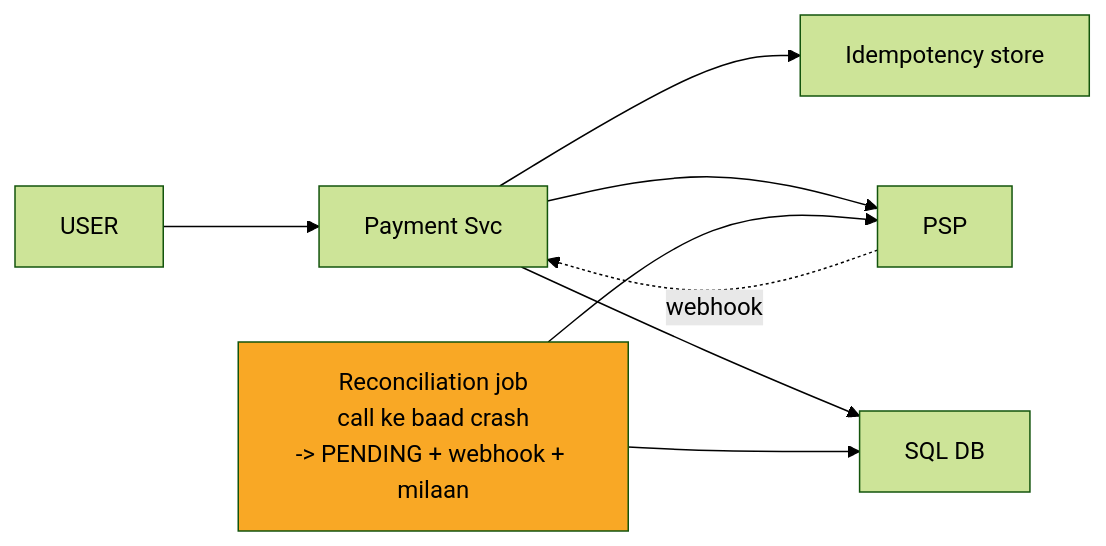
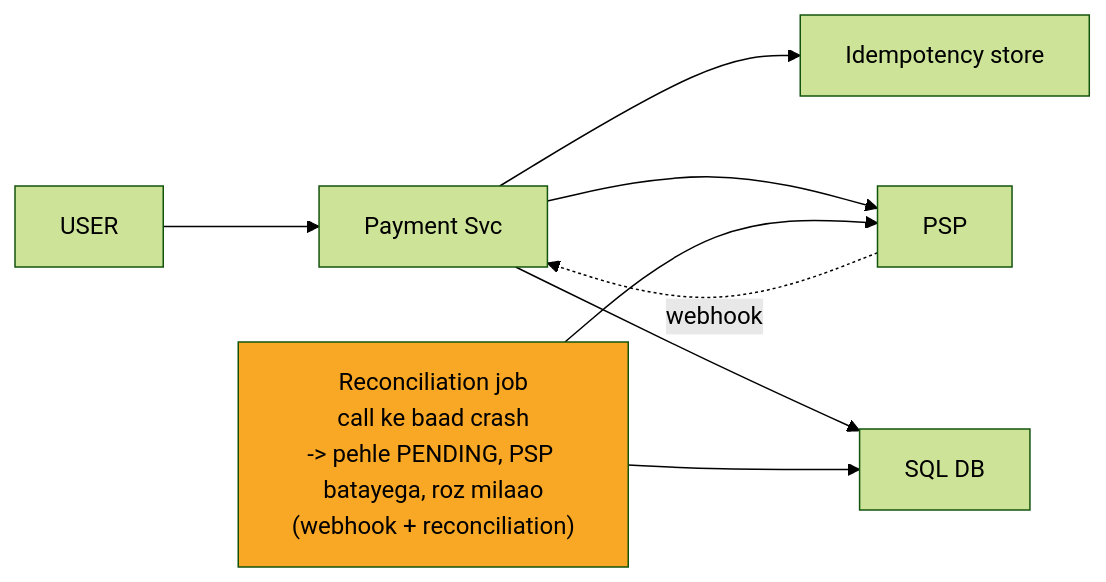
The sixth of 12 diagrams in 04_HLD/SYSTEM_DESIGNS/06_payment_system/06_payment_system.md (ArpanMaheshwari144/Prep), drawn with Mermaid (forest theme) before and after one commit. The commit also changed other lines of this file and 13 other files, not shown here.

````diff
--- a/04_HLD/SYSTEM_DESIGNS/06_payment_system/06_payment_system.md
+++ b/04_HLD/SYSTEM_DESIGNS/06_payment_system/06_payment_system.md
@@ -229,17 +229,17 @@
 ```mermaid
 flowchart LR
     n_USER["USER"]
     n_Payment_Svc["Payment Svc"]
     n_Idempotency_store["Idempotency store"]
     n_PSP["PSP"]
     n_DB["SQL DB"]
-    n_Reconciliation_job["Reconciliation job<br/>call ke baad crash<br/>-> PENDING + webhook + milaan"]
+    n_Reconciliation_job["Reconciliation job<br/>call ke baad crash<br/>-> pehle PENDING, PSP batayega, roz milaao<br/>(webhook + reconciliation)"]
     n_USER --> n_Payment_Svc
     n_Payment_Svc --> n_Idempotency_store
     n_Payment_Svc --> n_PSP
     n_Payment_Svc --> n_DB
     n_Reconciliation_job --> n_DB
     n_Reconciliation_job --> n_PSP
     n_PSP -.->|webhook| n_Payment_Svc
     style n_Reconciliation_job fill:#f9a825,color:#000
 ```
````
